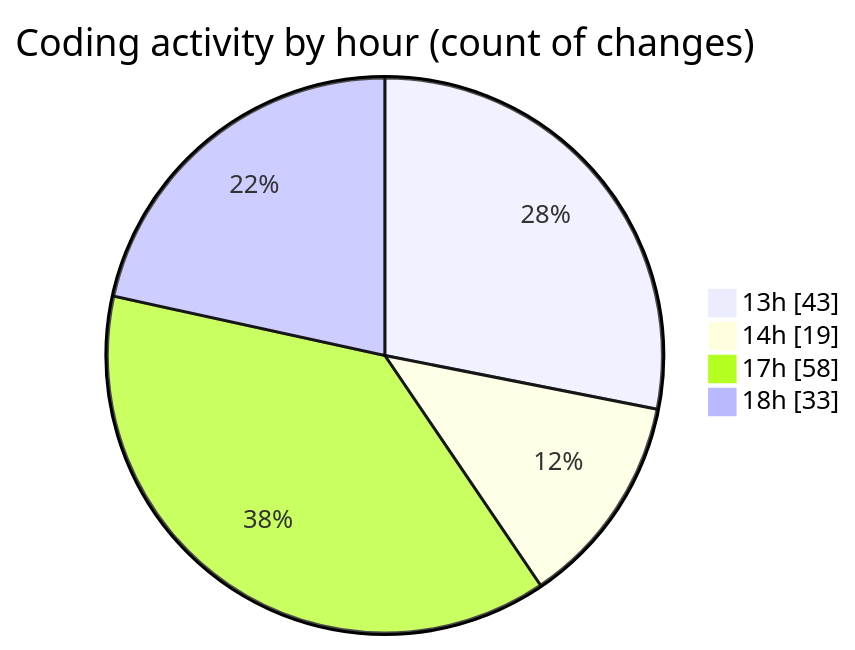
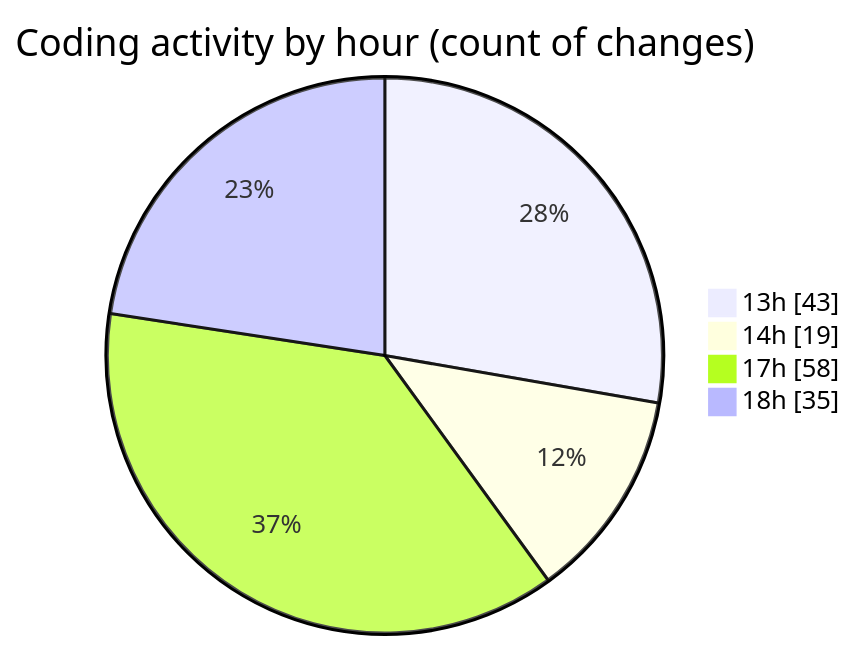
Before and after one commit to MatusMokan/code-tracking: the second of 2 diagrams in 2025-10-04/untitled__workspace_/README.md, drawn with Mermaid. The commit also changed other lines of this file and 1 other file, not shown here.

````diff
--- a/2025-10-04/untitled__workspace_/README.md
+++ b/2025-10-04/untitled__workspace_/README.md
@@ -46,8 +46,8 @@
 ```mermaid
 pie showData
 title Coding activity by hour (count of changes)
 "13h" : 43
 "14h" : 19
 "17h" : 58
-"18h" : 33
+"18h" : 35
 ```
````
